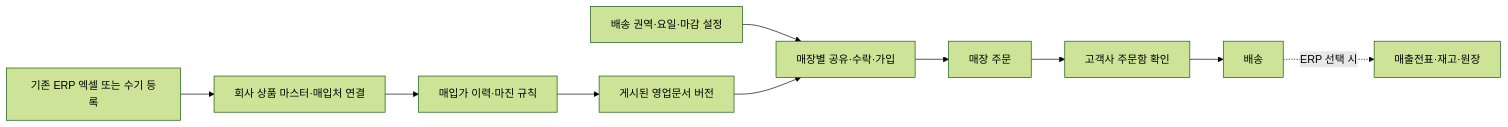
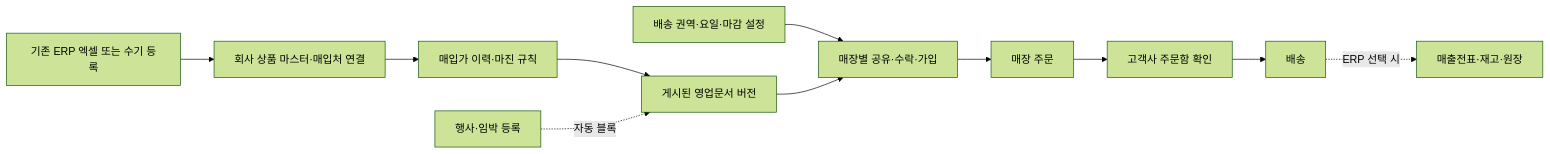
Before and after one commit to a01055929144-web/maju-intelligence: the first of 2 diagrams in docs/strategy/2026-11-06-maju-platform-blueprint.md, drawn with Mermaid (forest theme). The commit also changed other lines of this file and 1 other file, not shown here.

First line of the commit message:
docs(CT): 11/11 결정 반영 — 전체 플로우(매장 길·판매 메뉴·공통 화면)·체크리스트(+5 항목, 18/37)

````diff
--- a/docs/strategy/2026-11-06-maju-platform-blueprint.md
+++ b/docs/strategy/2026-11-06-maju-platform-blueprint.md
@@ -18,12 +18,13 @@
 ```mermaid
 flowchart LR
   A[기존 ERP 엑셀 또는 수기 등록] --> B[회사 상품 마스터·매입처 연결]
   B --> C[매입가 이력·마진 규칙]
   C --> D[게시된 영업문서 버전]
+  P[행사·임박 등록] -.자동 블록.-> D
   C2[배송 권역·요일·마감 설정] --> E
   D --> E[매장별 공유·수락·가입]
   E --> F[매장 주문]
   F --> F2[고객사 주문함 확인]
   F2 --> G[배송]
   G -. ERP 선택 시 .-> H[매출전표·재고·원장]
 ```
````
